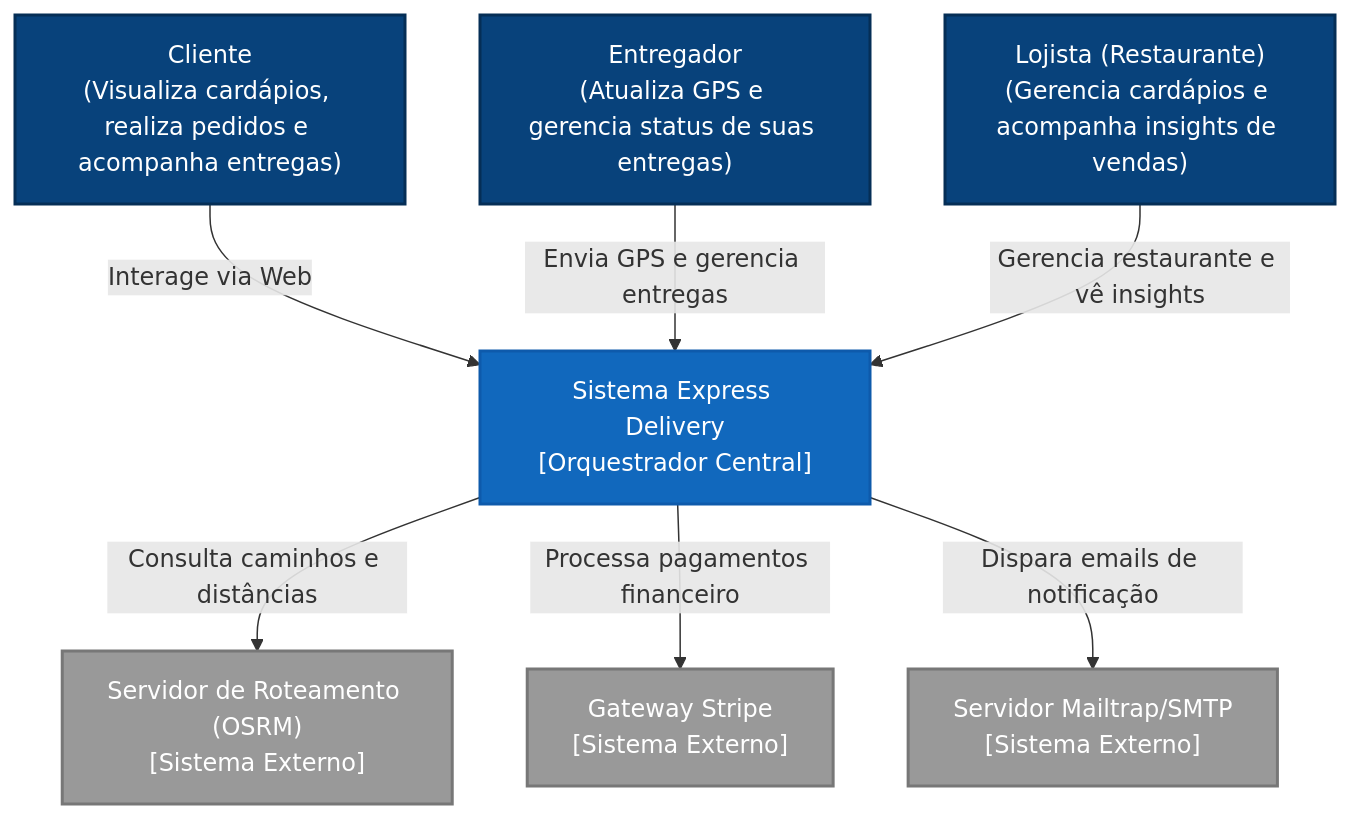
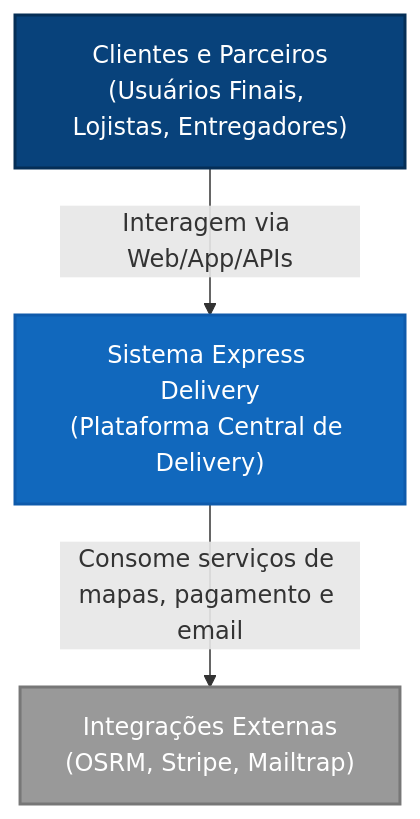
One commit to arthurair3s/arquitetura-de-software changed the first of 3 diagrams in README.md. Above: the diagram before and after it, drawn with Mermaid. The commit also changed other lines of this file and 3 other files, not shown here.

Commit message:
simplifica diagramas c4 do readme e cria visualizacoes detalhadas em markdown na pasta docs/c4

````diff
--- a/README.md
+++ b/README.md
@@ -14,26 +14,15 @@
 ```mermaid
 graph TD
     %% Styling
     classDef person fill:#08427b,stroke:#052e56,stroke-width:2px,color:#fff;
     classDef system fill:#1168bd,stroke:#0e5aab,stroke-width:2px,color:#fff;
     classDef ext fill:#999999,stroke:#777777,stroke-width:2px,color:#fff;
 
     %% Elements
-    cliente["Cliente<br>(Visualiza cardápios, realiza pedidos e acompanha entregas)"]:::person
-    entregador["Entregador<br>(Atualiza GPS e gerencia status de suas entregas)"]:::person
-    lojista["Lojista (Restaurante)<br>(Gerencia cardápios e acompanha insights de vendas)"]:::person
+    cliente["Clientes e Parceiros<br>(Usuários Finais, Lojistas, Entregadores)"]:::person
+    sys["Sistema Express Delivery<br>(Plataforma Central de Delivery)"]:::system
+    externos["Integrações Externas<br>(OSRM, Stripe, Mailtrap)"]:::ext
 
-    sys["Sistema Express Delivery<br>[Orquestrador Central]"]:::system
-
-    osrm["Servidor de Roteamento (OSRM)<br>[Sistema Externo]"]:::ext
-    stripe["Gateway Stripe<br>[Sistema Externo]"]:::ext
-    mailtrap["Servidor Mailtrap/SMTP<br>[Sistema Externo]"]:::ext
-
-    %% Relations
-    cliente -->|Interage via Web| sys
-    entregador -->|Envia GPS e gerencia entregas| sys
-    lojista -->|Gerencia restaurante e vê insights| sys
-    sys -->|Consulta caminhos e distâncias| osrm
-    sys -->|Processa pagamentos financeiro| stripe
-    sys -->|Dispara emails de notificação| mailtrap
+    cliente -->|Interagem via Web/App/APIs| sys
+    sys -->|Consome serviços de mapas, pagamento e email| externos
 ```
````
